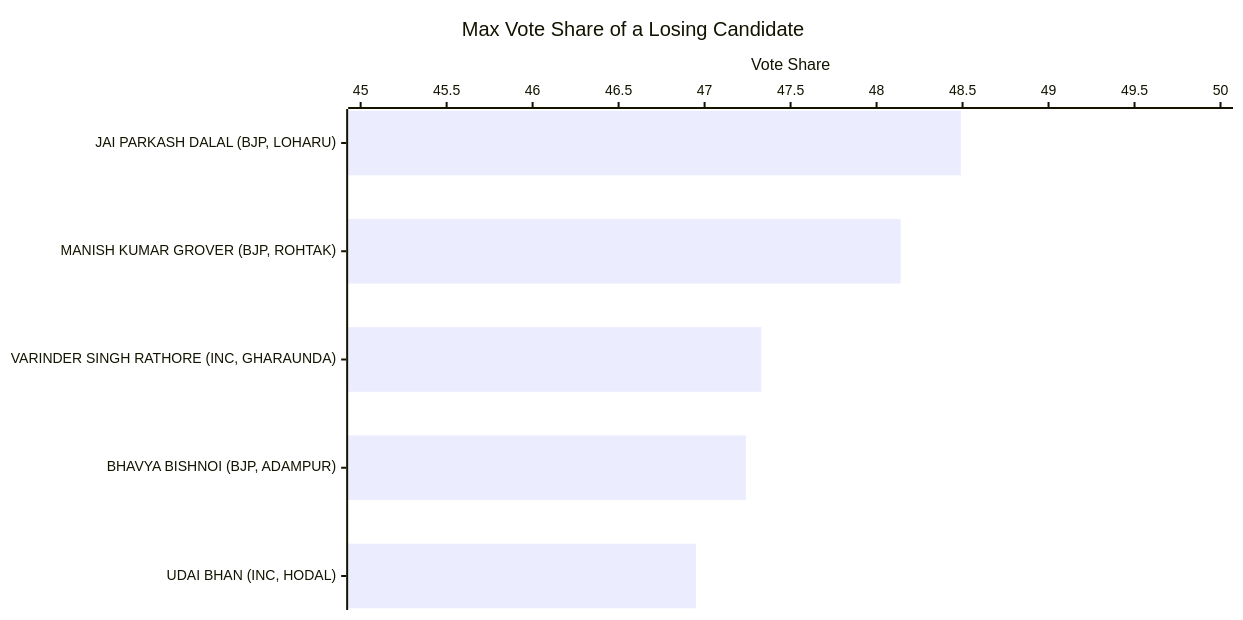
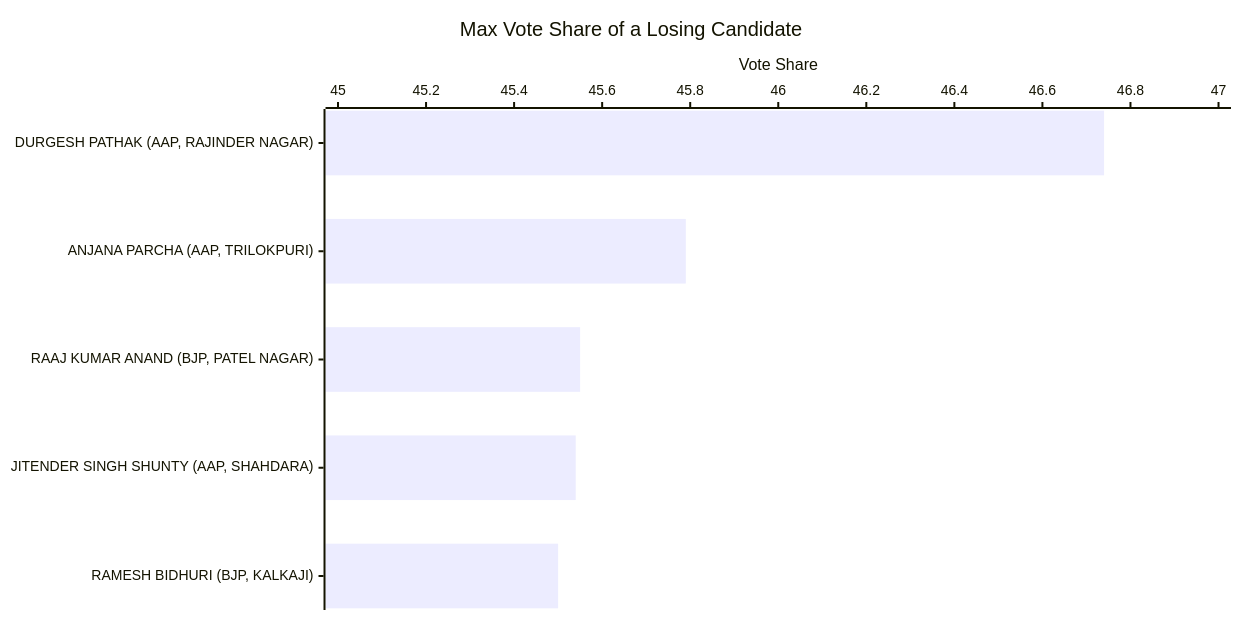
One commit to arjunswaj/elections changed diagram 14 of 19 in NEWDELHI-GRAPH.md. Above: the diagram before and after it, drawn with Mermaid. The commit also changed other lines of this file, not shown here.

Commit message:
Updating the Graphical format

````diff
--- a/NEWDELHI-GRAPH.md
+++ b/NEWDELHI-GRAPH.md
@@ -254,14 +257,14 @@
 ```mermaid
 ---
 config:
     xyChart:
         width: 1200
         height: 600
         chartOrientation: horizontal
 ---
 xychart-beta
     title "Max Vote Share of a Losing Candidate"
-    x-axis ["JAI PARKASH DALAL (BJP, LOHARU)", "MANISH KUMAR GROVER (BJP, ROHTAK)", "VARINDER SINGH RATHORE (INC, GHARAUNDA)", "BHAVYA BISHNOI (BJP, ADAMPUR)", "UDAI BHAN (INC, HODAL)"]
-    y-axis "Vote Share" 45 --> 50
-    bar [48.49, 48.14, 47.33, 47.24, 46.95]
+    x-axis ["DURGESH PATHAK (AAP, RAJINDER NAGAR)", "ANJANA PARCHA (AAP, TRILOKPURI)", "RAAJ KUMAR ANAND (BJP, PATEL NAGAR)", "JITENDER SINGH SHUNTY (AAP, SHAHDARA)", "RAMESH BIDHURI (BJP, KALKAJI)"]
+    y-axis "Vote Share" 45 --> 47
+    bar [46.74, 45.79, 45.55, 45.54, 45.50]
 ```
````
